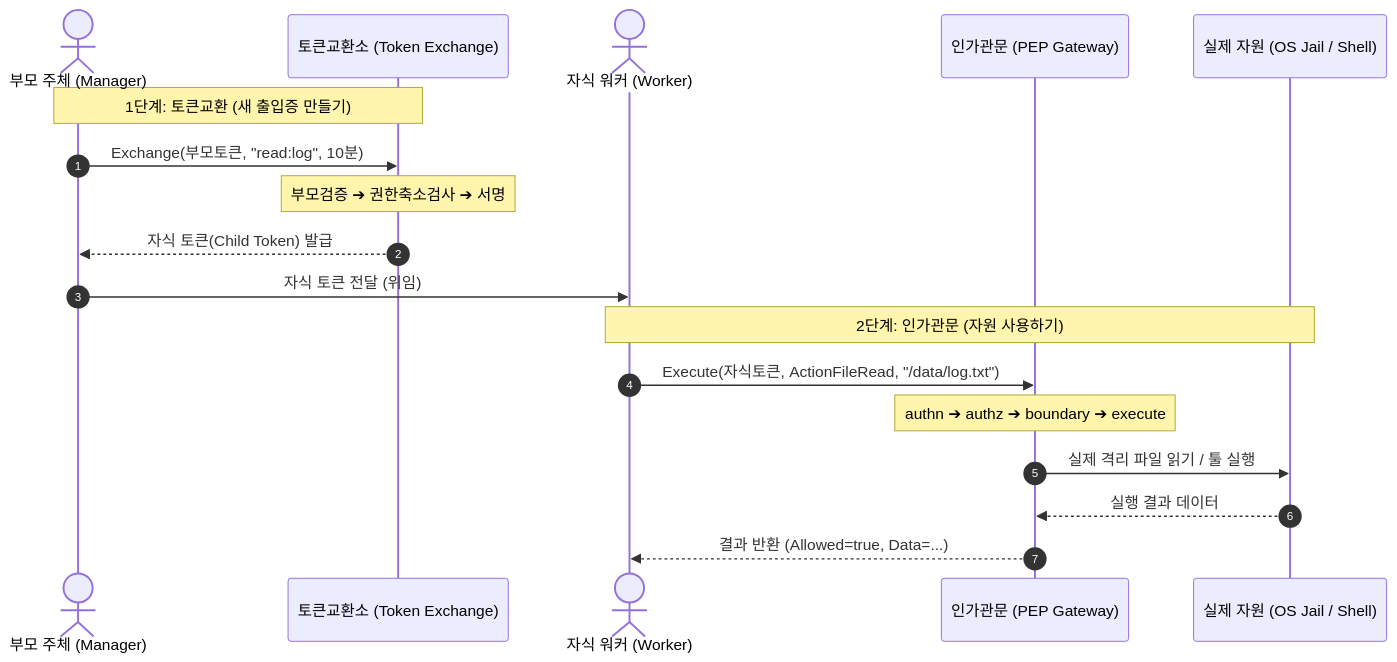
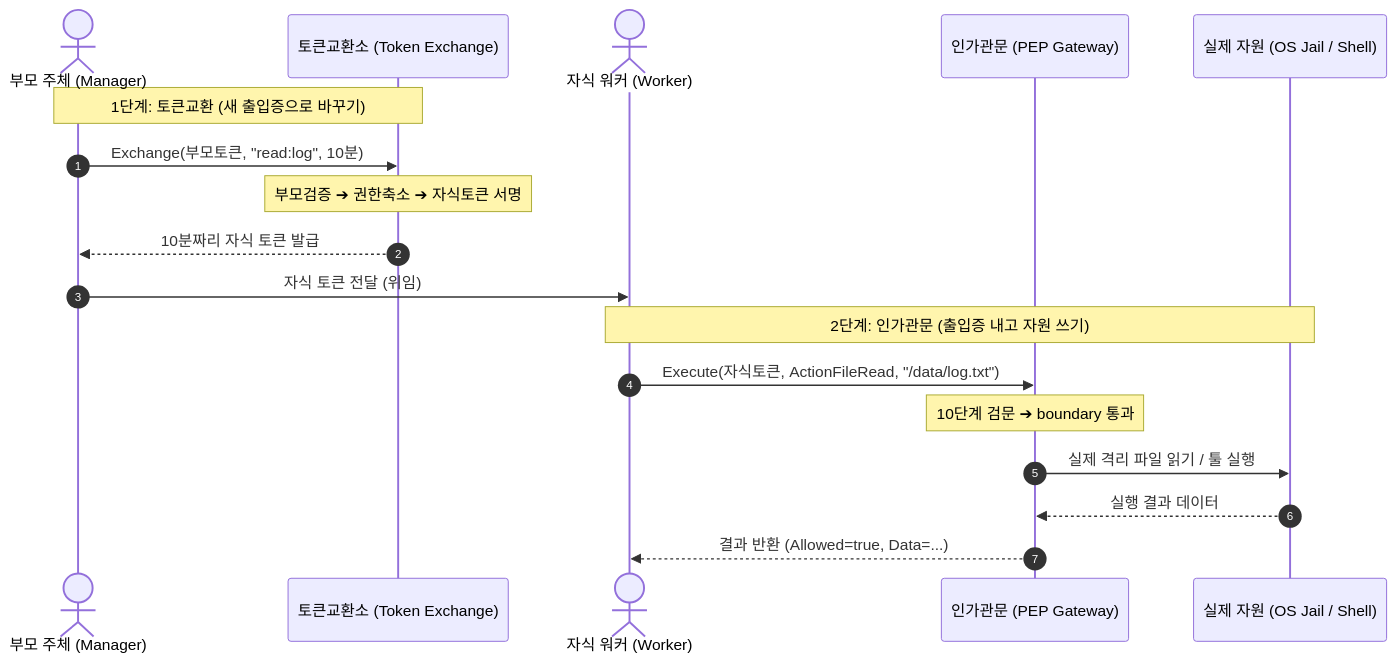
One commit to RadiantCitron/authz-harness changed the diagram in docs/작동원리/006-파이프라인_엔진_토큰교환_2단계프로세스_실행_해설.md. Above: the diagram before and after it, drawn with Mermaid. The commit also changed other lines of this file, not shown here.

````diff
--- a/docs/작동원리/006-파이프라인_엔진_토큰교환_2단계프로세스_실행_해설.md
+++ b/docs/작동원리/006-파이프라인_엔진_토큰교환_2단계프로세스_실행_해설.md
@@ -111,23 +149,23 @@
 ```mermaid
 %%{init: {"themeVariables": {"fontSize": "11px"}, "flowchart": {"nodeSpacing": 25, "rankSpacing": 25}}}%%
 sequenceDiagram
     autonumber
     actor Parent as 부모 주체 (Manager)
     participant Ex as 토큰교환소 (Token Exchange)
     actor Child as 자식 워커 (Worker)
     participant PEP as 인가관문 (PEP Gateway)
     participant Res as 실제 자원 (OS Jail / Shell)
 
-    Note over Parent, Ex: 1단계: 토큰교환 (새 출입증 만들기)
+    Note over Parent, Ex: 1단계: 토큰교환 (새 출입증으로 바꾸기)
     Parent->>Ex: Exchange(부모토큰, "read:log", 10분)
-    Note over Ex: 부모검증 ➔ 권한축소검사 ➔ 서명
-    Ex-->>Parent: 자식 토큰(Child Token) 발급
+    Note over Ex: 부모검증 ➔ 권한축소 ➔ 자식토큰 서명
+    Ex-->>Parent: 10분짜리 자식 토큰 발급
     Parent->>Child: 자식 토큰 전달 (위임)
 
-    Note over Child, Res: 2단계: 인가관문 (자원 사용하기)
+    Note over Child, Res: 2단계: 인가관문 (출입증 내고 자원 쓰기)
     Child->>PEP: Execute(자식토큰, ActionFileRead, "/data/log.txt")
-    Note over PEP: authn ➔ authz ➔ boundary ➔ execute
+    Note over PEP: 10단계 검문 ➔ boundary 통과
     PEP->>Res: 실제 격리 파일 읽기 / 툴 실행
     Res-->>PEP: 실행 결과 데이터
     PEP-->>Child: 결과 반환 (Allowed=true, Data=...)
 ```
````
